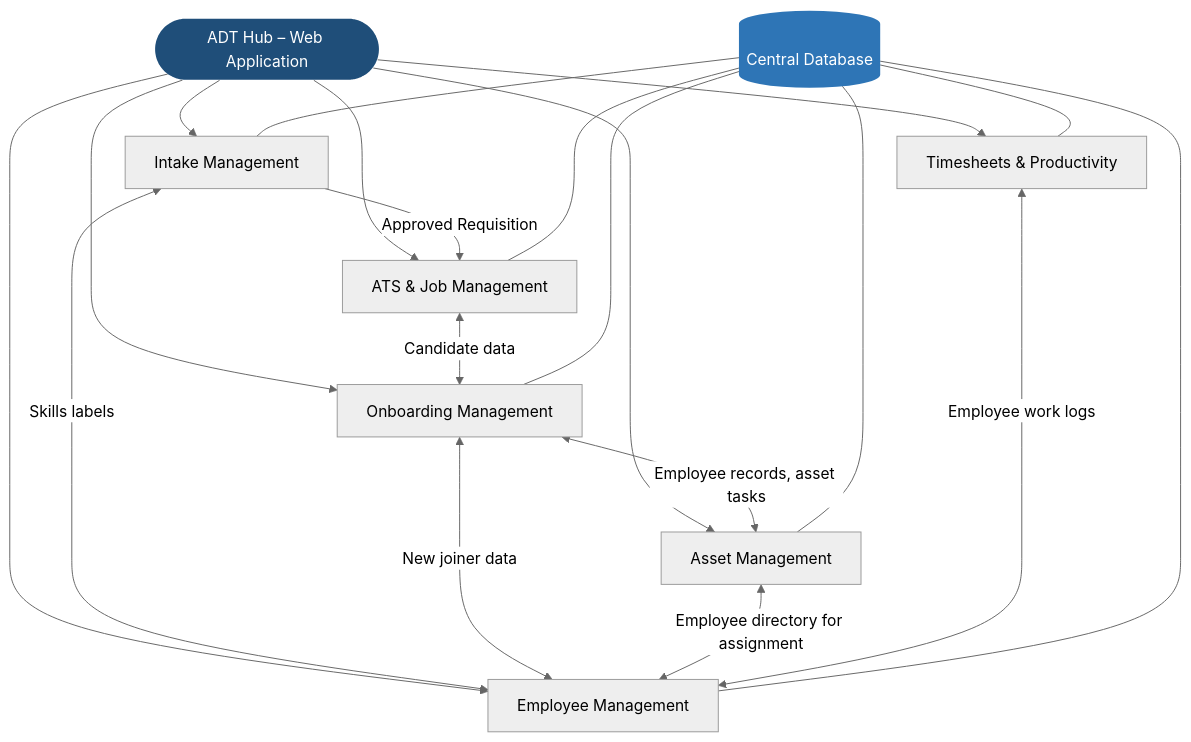
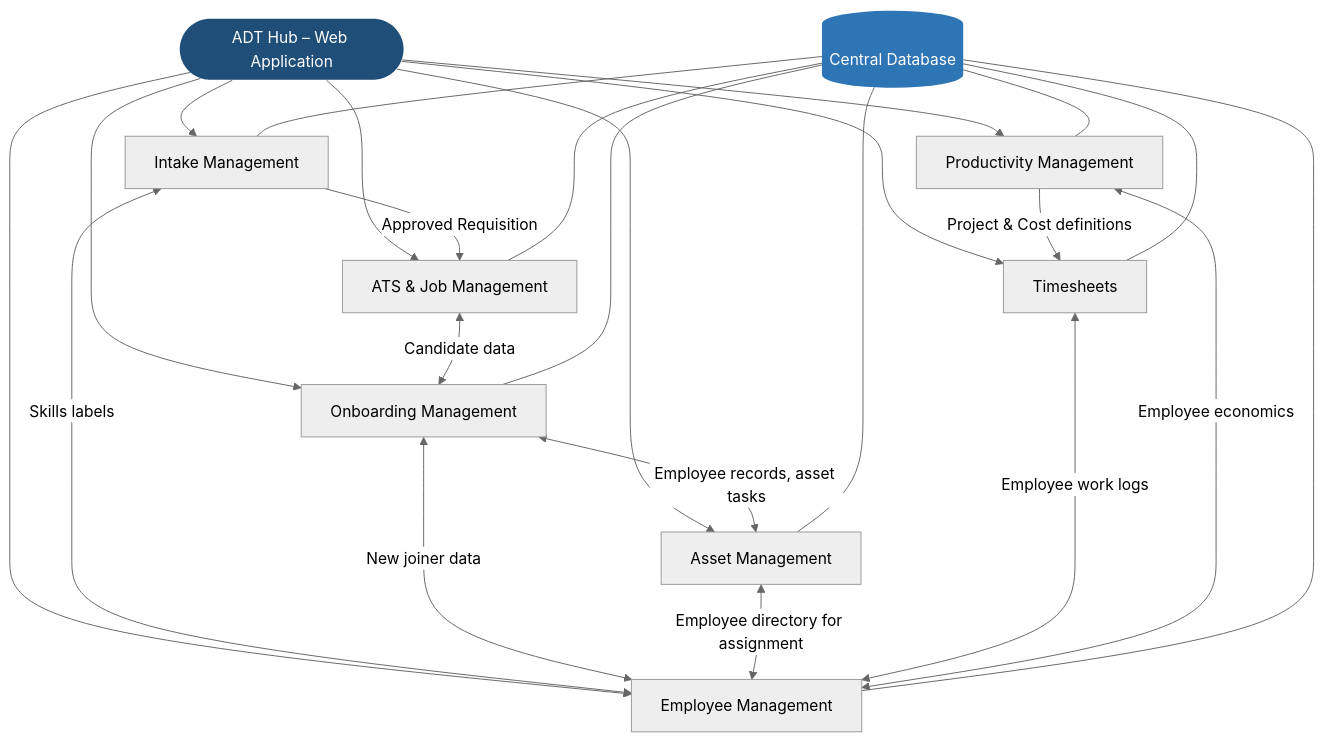
One commit to ATDawnTech/HubV2 changed the first of 18 diagrams in docs/ADT_Hub_Spec_Plan.md. Above: the diagram before and after it, drawn with Mermaid (neutral theme). The commit also changed other lines of this file, not shown here.

Commit message:
docs: Add Epic 7 - Productivity Management and refine Epic 6 - Timesheets

````diff
--- a/docs/ADT_Hub_Spec_Plan.md
+++ b/docs/ADT_Hub_Spec_Plan.md
@@ -17,27 +17,31 @@
 ```mermaid
 graph TD
     Nav([ADT Hub – Web Application]) --> E1[Intake Management]
     Nav --> E2[ATS & Job Management]
     Nav --> E3[Onboarding Management]
     Nav --> E4[Asset Management]
     Nav --> E5[Employee Management]
-    Nav --> E6[Timesheets & Productivity]
+    Nav --> E6[Timesheets]
+    Nav --> E7[Productivity Management]
 
     E1 <-->|Skills labels| E5
     E1 -->|Approved Requisition| E2
     E2 <-->|Candidate data| E3
     E3 <-->|Employee records, asset tasks| E4
     E3 <-->|New joiner data| E5
     E4 <-->|Employee directory for assignment| E5
     E6 <-->|Employee work logs| E5
+    E7 -->|Project & Cost definitions| E6
+    E7 <-->|Employee economics| E5
 
     DB[(Central Database)] --- E1
     DB --- E2
     DB --- E3
     DB --- E4
     DB --- E5
     DB --- E6
+    DB --- E7
 
     style Nav fill:#1F4E79,color:#fff,stroke:none
     style DB fill:#2E75B6,color:#fff,stroke:none
 ```
````
